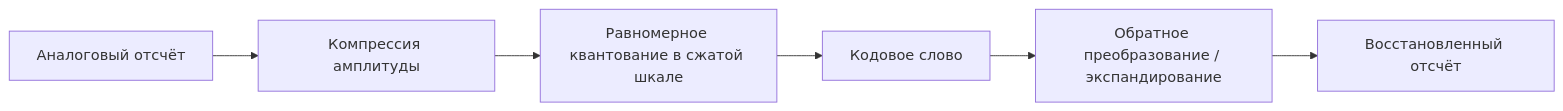
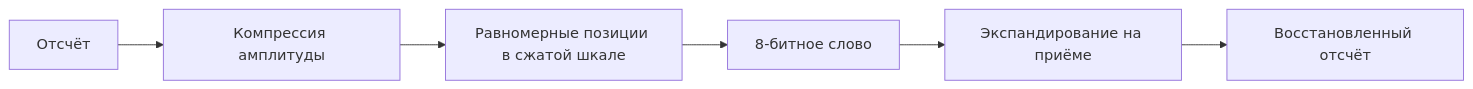
Before and after one commit to temaSW/intro-to-networking: the diagram in course/lectures/03-companding-line-codes.qmd, drawn with Mermaid. The commit also changed other lines of this file and 2 other files, not shown here.

````diff
--- a/course/lectures/03-companding-line-codes.qmd
+++ b/course/lectures/03-companding-line-codes.qmd
@@ -19,8 +21,8 @@
 ```{mermaid}
 flowchart LR
-  A[Аналоговый отсчёт] --> B[Компрессия амплитуды]
-  B --> C[Равномерное квантование в сжатой шкале]
-  C --> D[Кодовое слово]
-  D --> E[Обратное преобразование / экспандирование]
+  A[Отсчёт] --> B[Компрессия амплитуды]
+  B --> C[Равномерные позиции в сжатой шкале]
+  C --> D[8-битное слово]
+  D --> E[Экспандирование на приёме]
   E --> F[Восстановленный отсчёт]
 ```
````
